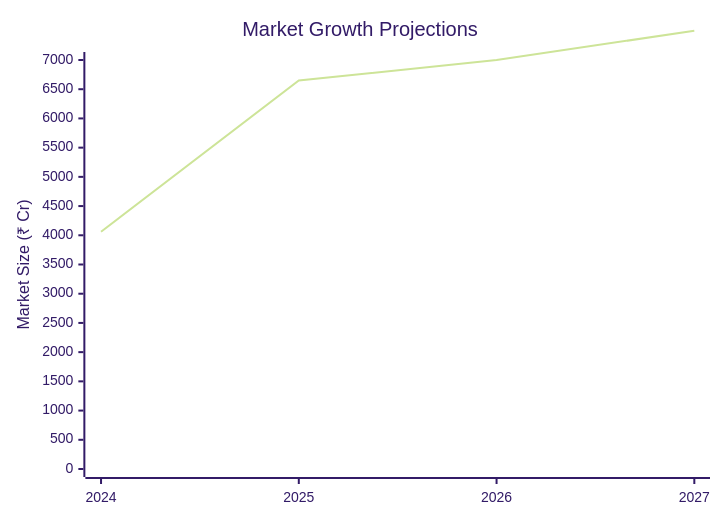
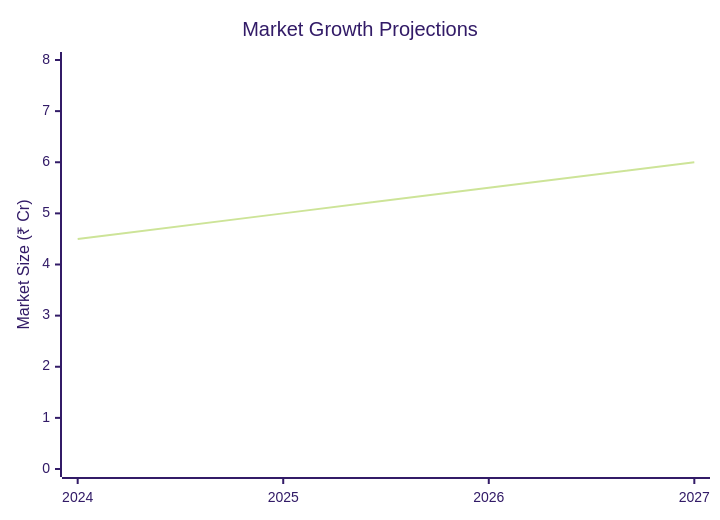
Diagram 14 of 15 in docs/0001_3PlyMask/Deep-Research.md (arindampradhan/pmegpeportal-programme), drawn with Mermaid (forest theme) before and after one commit. The commit also changed other lines of this file and 2 other files, not shown here.

````diff
--- a/docs/0001_3PlyMask/Deep-Research.md
+++ b/docs/0001_3PlyMask/Deep-Research.md
@@ -440,7 +494,7 @@
 ```mermaid
 xychart-beta
     title "Market Growth Projections"
     x-axis [2024, 2025, 2026, 2027]
-    y-axis "Market Size (₹ Cr)" 0 --> 7000
-    line [4060, 6650, 7000, 7500]
+    y-axis "Market Size (₹ Cr)" 0 --> 8
+    line [4.5, 5.0, 5.5, 6.0]
 ```
````
